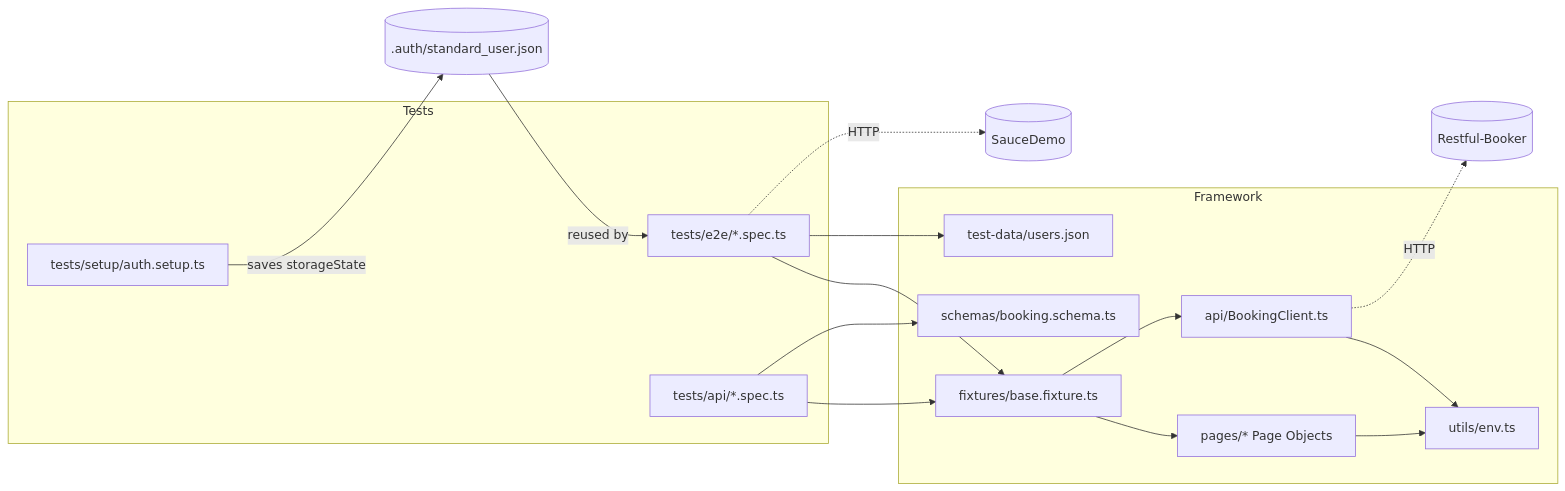
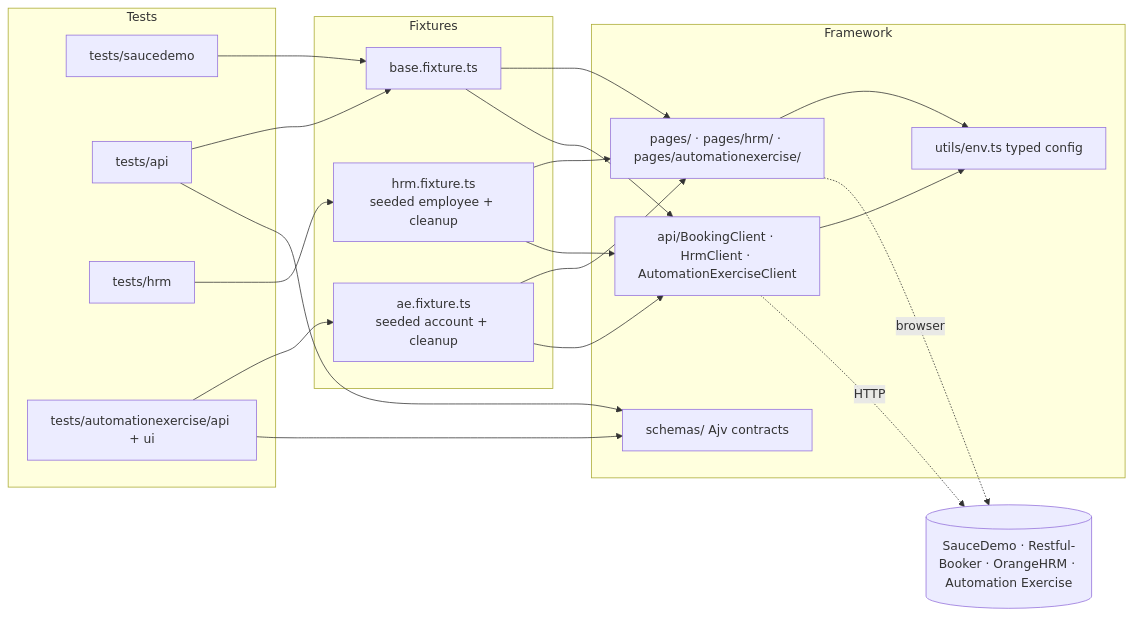
Before and after one commit to HiAvi-tester/playwright-ts-enterprise-framework: the first of 2 diagrams in README.md, drawn with Mermaid. The commit also changed other lines of this file and 36 other files, not shown here.

First line of the commit message:
Add OrangeHRM and Automation Exercise targets (#2)

````diff
--- a/README.md
+++ b/README.md
@@ -20,31 +35,34 @@
 ```mermaid
 flowchart LR
     subgraph Tests
-        E2E[tests/e2e/*.spec.ts]
-        API[tests/api/*.spec.ts]
-        SETUP[tests/setup/auth.setup.ts]
+        SDT[tests/saucedemo]
+        RBT[tests/api]
+        HRMT[tests/hrm]
+        AET[tests/automationexercise/api + ui]
+    end
+
+    subgraph Fixtures
+        BF[base.fixture.ts]
+        HF[hrm.fixture.ts<br/>seeded employee + cleanup]
+        AF[ae.fixture.ts<br/>seeded account + cleanup]
     end
 
     subgraph Framework
-        FIX[fixtures/base.fixture.ts]
-        POM[pages/*  Page Objects]
-        CLIENT[api/BookingClient.ts]
-        SCHEMA[schemas/booking.schema.ts]
-        ENV[utils/env.ts]
-        DATA[test-data/users.json]
+        POM[pages/ · pages/hrm/ · pages/automationexercise/]
+        CL[api/BookingClient · HrmClient · AutomationExerciseClient]
+        SC[schemas/ Ajv contracts]
+        ENV[utils/env.ts typed config]
     end
 
-    SETUP -- saves storageState --> AUTH[(.auth/standard_user.json)]
-    AUTH -- reused by --> E2E
-    E2E --> FIX
-    API --> FIX
-    FIX --> POM
-    FIX --> CLIENT
-    API --> SCHEMA
-    POM --> ENV
-    CLIENT --> ENV
-    E2E --> DATA
+    SDT --> BF
+    RBT --> BF
+    HRMT --> HF
+    AET --> AF
+    BF & HF & AF --> POM
+    BF & HF & AF --> CL
+    RBT & AET --> SC
+    POM & CL --> ENV
 
-    E2E -. HTTP .-> SD[(SauceDemo)]
-    CLIENT -. HTTP .-> RB[(Restful-Booker)]
+    CL -. HTTP .-> APPS[(SauceDemo · Restful-Booker · OrangeHRM · Automation Exercise)]
+    POM -. browser .-> APPS
 ```
````
